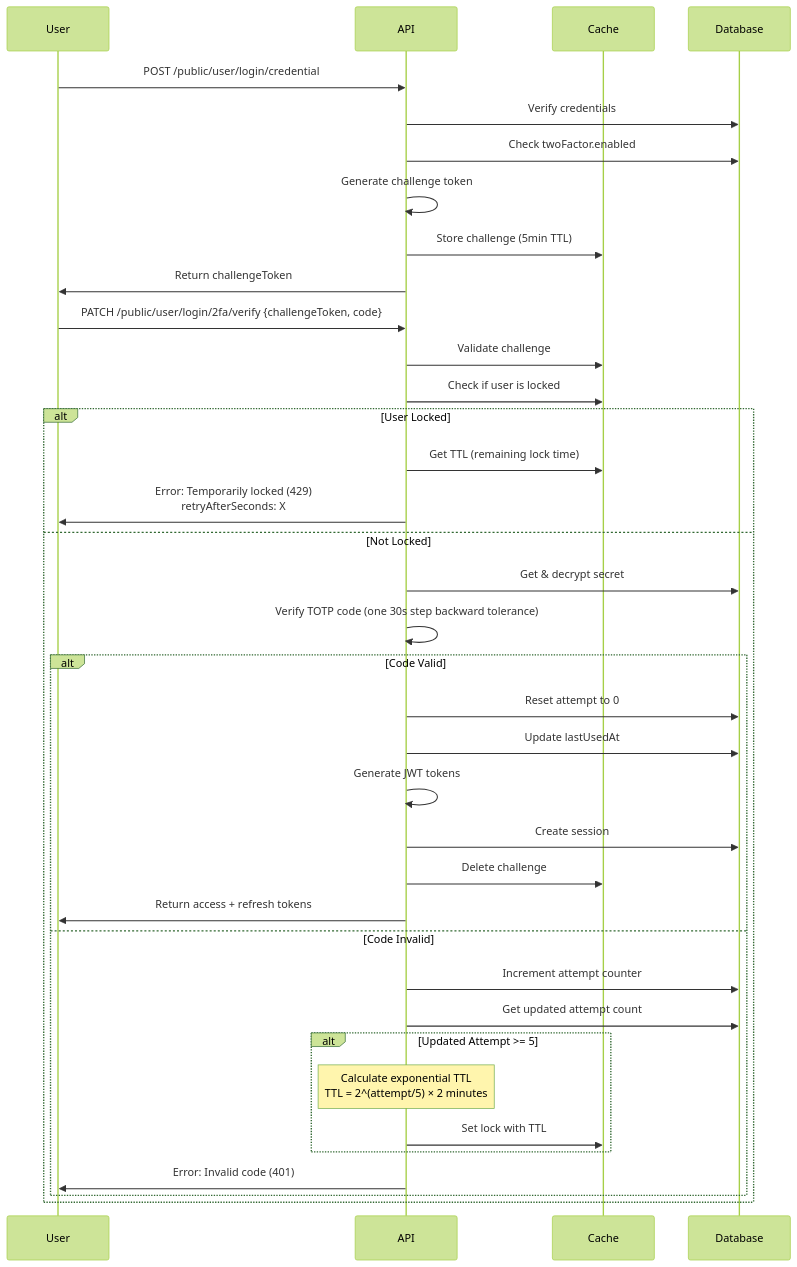
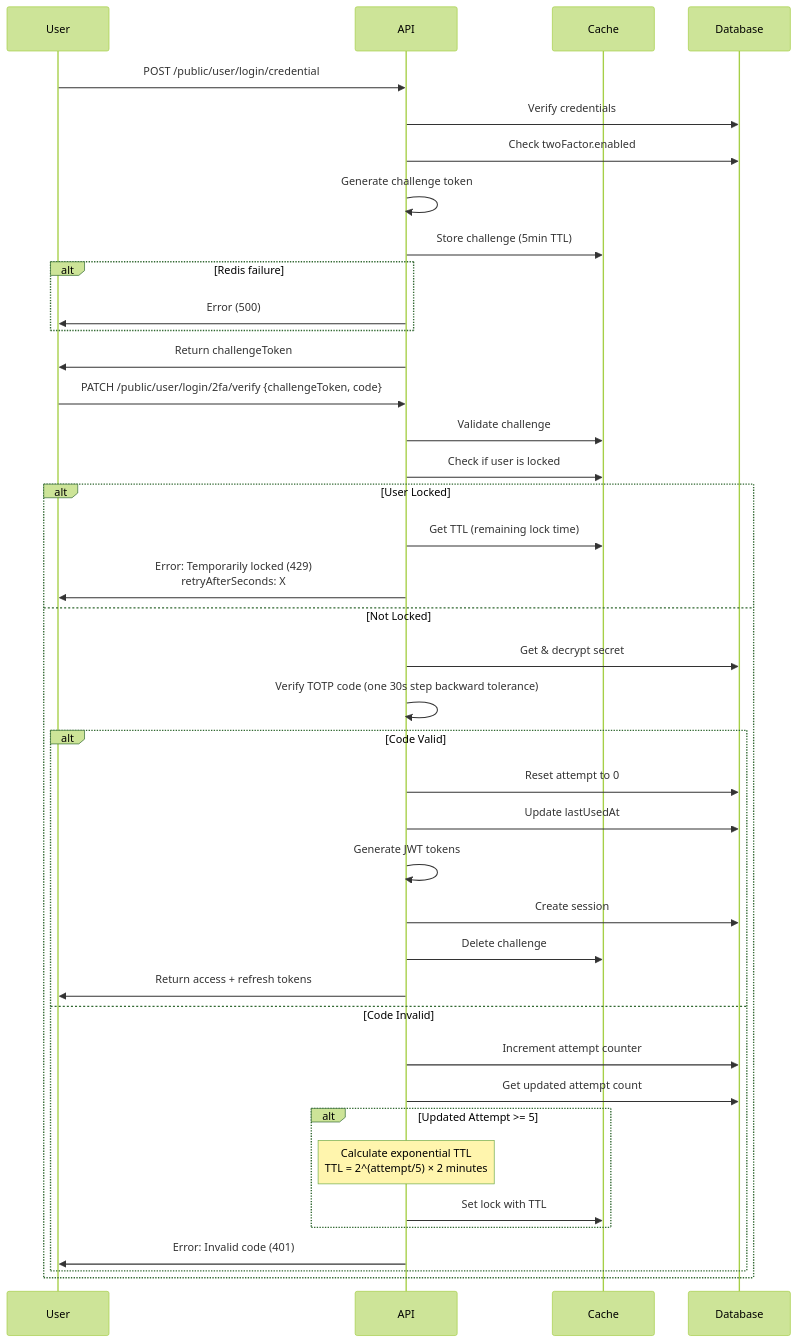
Before and after one commit to andrechristikan/ack-nestjs-boilerplate: the second of 9 diagrams in docs/two-factor.md, drawn with Mermaid (forest theme). The commit also changed other lines of this file and 141 other files, not shown here.

````diff
--- a/docs/two-factor.md
+++ b/docs/two-factor.md
@@ -223,40 +233,43 @@
 ```mermaid
 sequenceDiagram
     participant User
     participant API
     participant Cache
     participant Database
 
     User->>API: POST /public/user/login/credential
     API->>Database: Verify credentials
     API->>Database: Check twoFactor.enabled
     API->>API: Generate challenge token
     API->>Cache: Store challenge (5min TTL)
+    alt Redis failure
+        API->>User: Error (500)
+    end
     API->>User: Return challengeToken
     User->>API: PATCH /public/user/login/2fa/verify {challengeToken, code}
     API->>Cache: Validate challenge
     API->>Cache: Check if user is locked
     alt User Locked
         API->>Cache: Get TTL (remaining lock time)
         API->>User: Error: Temporarily locked (429)<br/>retryAfterSeconds: X
     else Not Locked
         API->>Database: Get & decrypt secret
         API->>API: Verify TOTP code (one 30s step backward tolerance)
         alt Code Valid
             API->>Database: Reset attempt to 0
             API->>Database: Update lastUsedAt
             API->>API: Generate JWT tokens
             API->>Database: Create session
             API->>Cache: Delete challenge
             API->>User: Return access + refresh tokens
         else Code Invalid
             API->>Database: Increment attempt counter
             API->>Database: Get updated attempt count
             alt Updated Attempt >= 5
                 Note over API: Calculate exponential TTL<br/>TTL = 2^(attempt/5) × 2 minutes
                 API->>Cache: Set lock with TTL
             end
             API->>User: Error: Invalid code (401)
         end
     end
 ```
````
